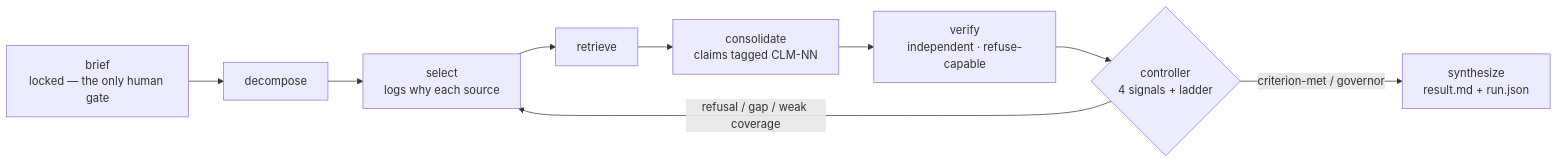
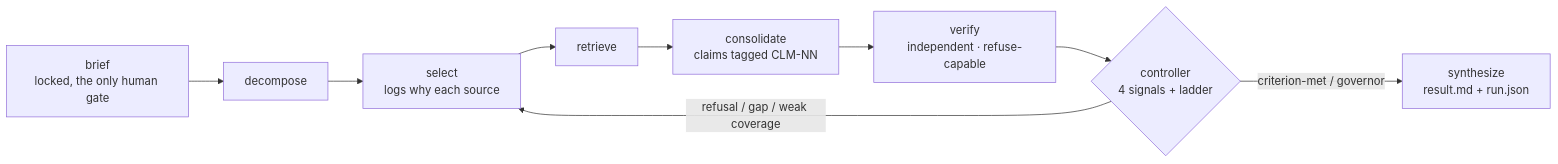
Before and after one commit to thangnguyenworkspace/research-engine: the first of 2 diagrams in README.md, drawn with Mermaid. The commit also changed other lines of this file and 16 other files, not shown here.

````diff
--- a/README.md
+++ b/README.md
@@ -22,11 +23,11 @@
 ```mermaid
 flowchart LR
-  B["brief<br/>locked — the only human gate"] --> D[decompose]
+  B["brief<br/>locked, the only human gate"] --> D[decompose]
   D --> S["select<br/>logs why each source"]
   S --> R[retrieve]
   R --> C["consolidate<br/>claims tagged CLM-NN"]
   C --> V["verify<br/>independent · refuse-capable"]
   V --> K{"controller<br/>4 signals + ladder"}
   K -- "refusal / gap / weak coverage" --> S
   K -- "criterion-met / governor" --> Y["synthesize<br/>result.md + run.json"]
 ```
````
